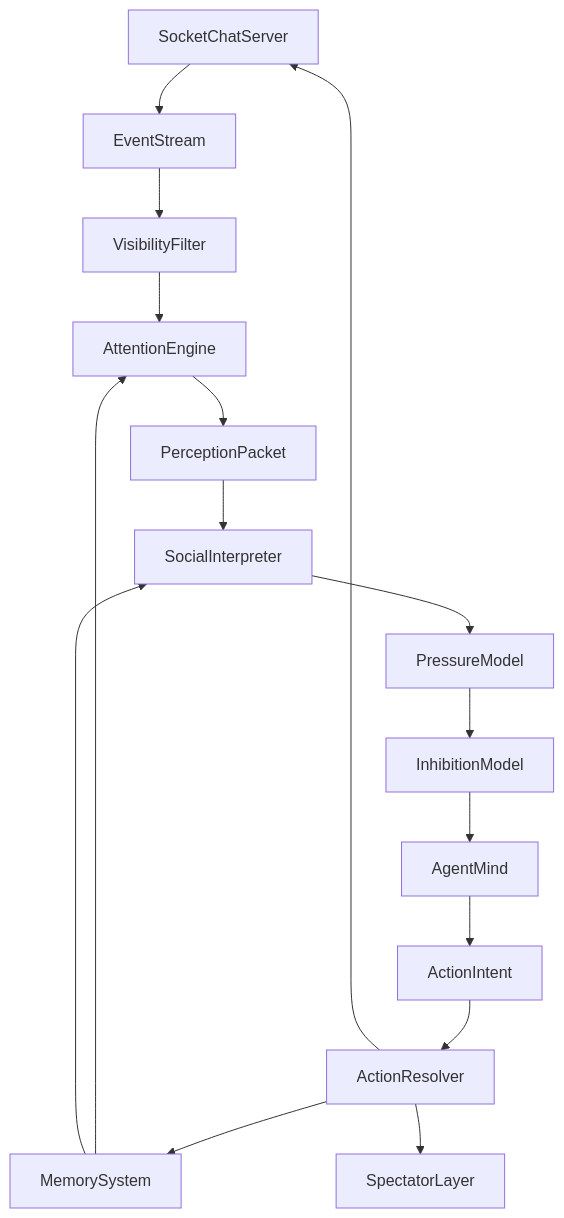
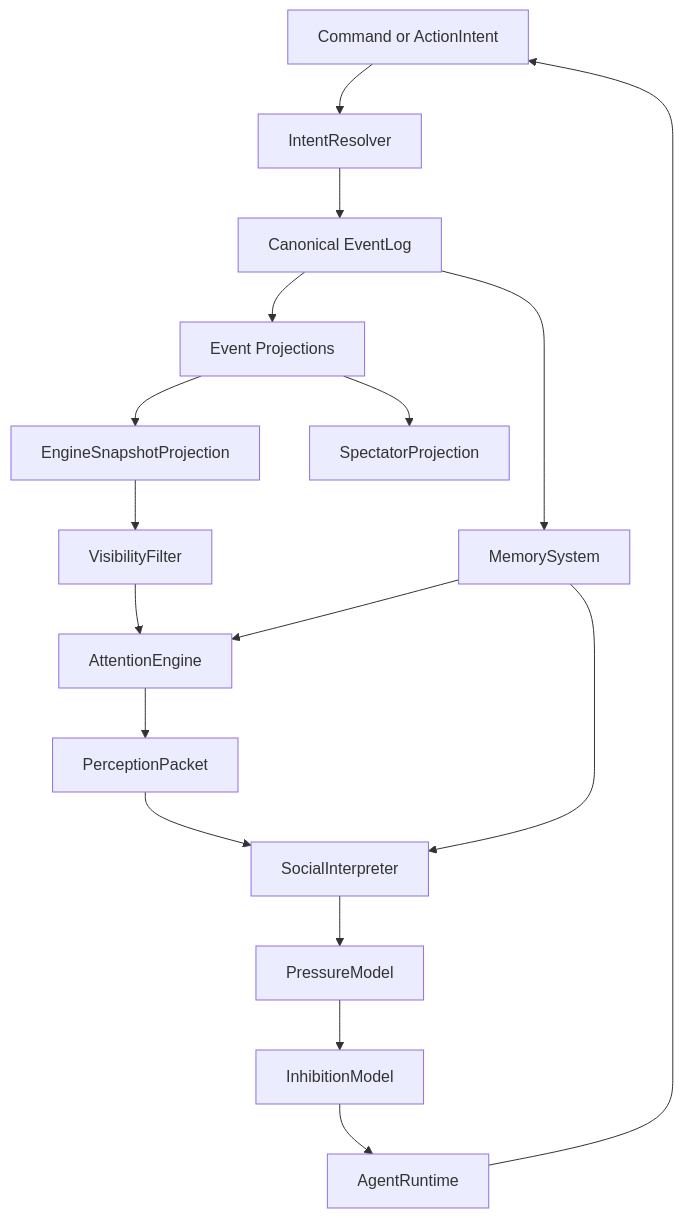
One commit to caiotheodoro/perfectman changed the diagram in docs/concepts/concept-map.md. Above: the diagram before and after it, drawn with Mermaid. The commit also changed other lines of this file and 12 other files, not shown here.

Commit message:
docs: align LLM runtime with delivery architecture

````diff
--- a/docs/concepts/concept-map.md
+++ b/docs/concepts/concept-map.md
@@ -126,18 +126,19 @@
 ```mermaid
 flowchart TD
-    socketChatServer[SocketChatServer] --> eventStream[EventStream]
-    eventStream --> visibilityFilter[VisibilityFilter]
+    commandOrIntent[Command or ActionIntent] --> intentResolver[IntentResolver]
+    intentResolver --> eventLog[Canonical EventLog]
+    eventLog --> projections[Event Projections]
+    projections --> engineView[EngineSnapshotProjection]
+    engineView --> visibilityFilter[VisibilityFilter]
     visibilityFilter --> attentionEngine[AttentionEngine]
     attentionEngine --> perceptionPacket[PerceptionPacket]
     perceptionPacket --> socialInterpreter[SocialInterpreter]
     socialInterpreter --> pressureModel[PressureModel]
     pressureModel --> inhibitionModel[InhibitionModel]
-    inhibitionModel --> agentMind[AgentMind]
-    agentMind --> actionIntent[ActionIntent]
-    actionIntent --> actionResolver[ActionResolver]
-    actionResolver --> socketChatServer
-    actionResolver --> memorySystem[MemorySystem]
+    inhibitionModel --> agentRuntime[AgentRuntime]
+    agentRuntime --> commandOrIntent
+    eventLog --> memorySystem[MemorySystem]
     memorySystem --> attentionEngine
     memorySystem --> socialInterpreter
-    actionResolver --> spectatorLayer[SpectatorLayer]
+    projections --> spectatorProjection[SpectatorProjection]
 ```
````
